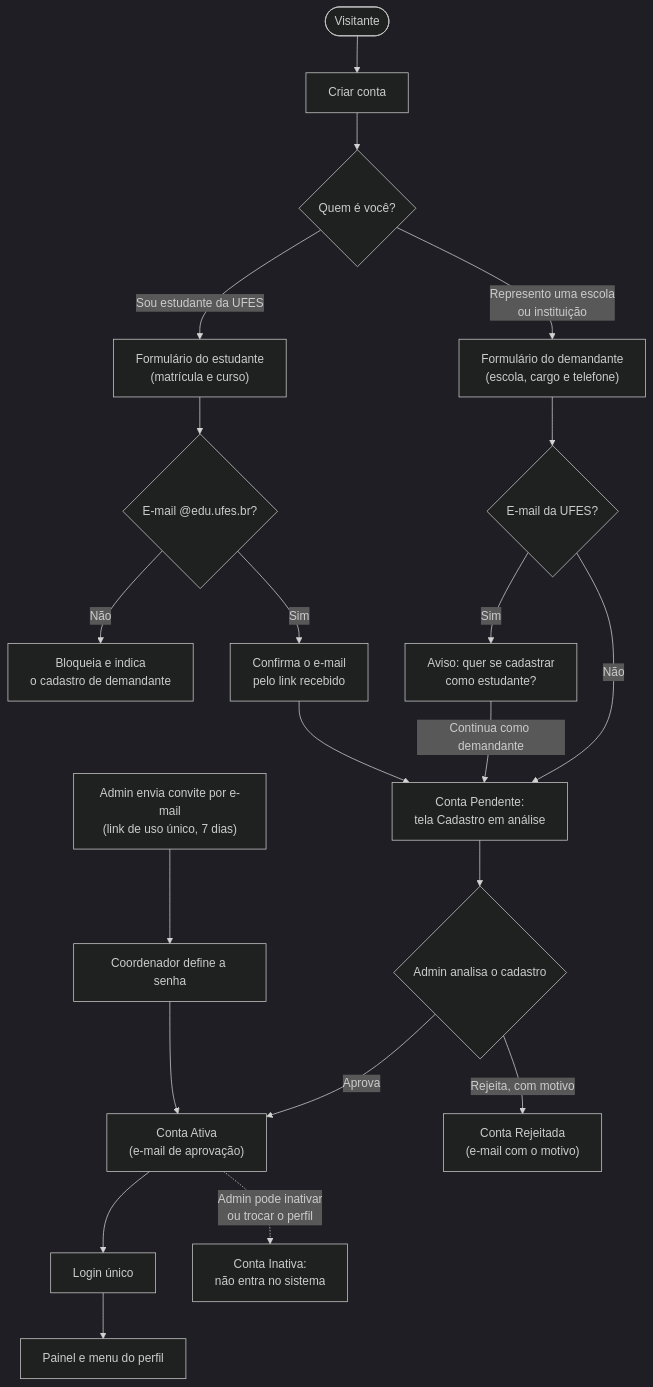
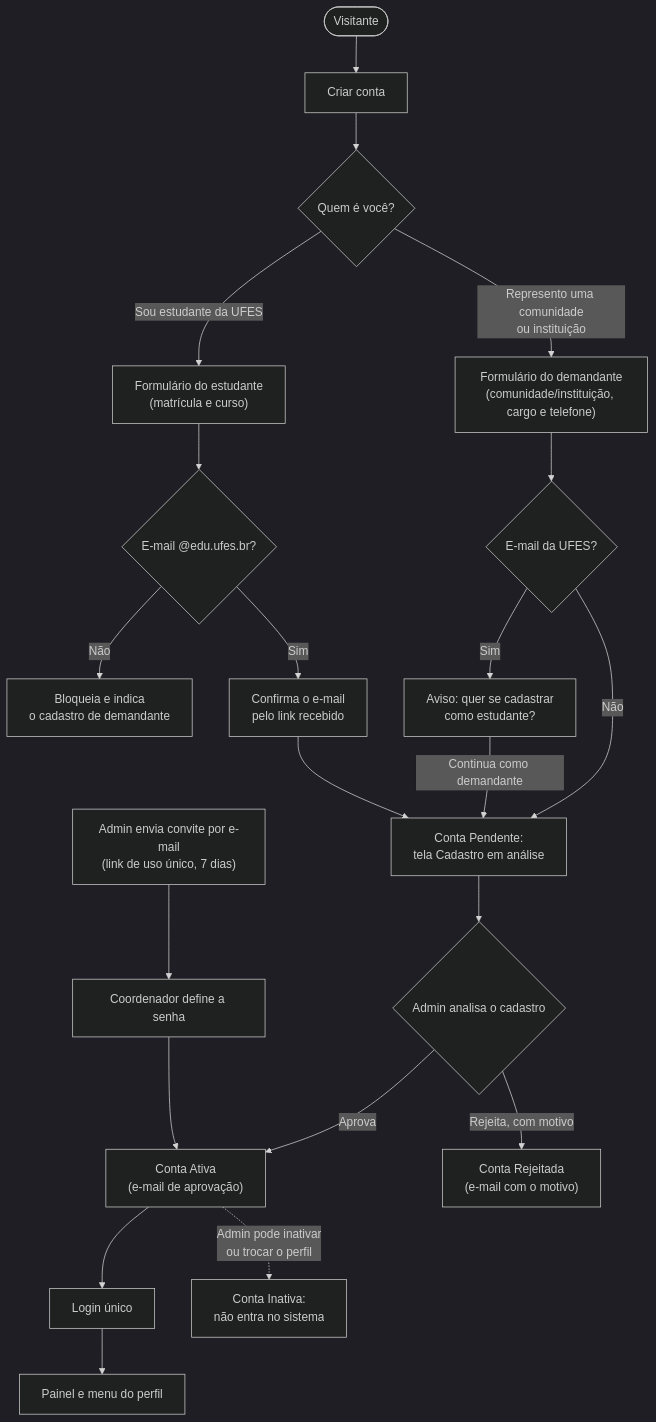
The second of 5 diagrams in docs/FLUXOGRAMA.md (PauloRizzi/Plataforma-de-Gestao-de-Demandas-Tecnologicas), drawn with Mermaid (dark theme) before and after one commit. The commit also changed other lines of this file and 53 other files, not shown here.

````diff
--- a/docs/FLUXOGRAMA.md
+++ b/docs/FLUXOGRAMA.md
@@ -76,28 +76,28 @@
 ```mermaid
 flowchart TD
     V0(["Visitante"]) --> V1["Criar conta"]
     V1 --> V2{"Quem é você?"}
 
     V2 -- "Sou estudante da UFES" --> S1["Formulário do estudante<br/>(matrícula e curso)"]
     S1 --> S2{"E-mail @edu.ufes.br?"}
     S2 -- Não --> S3["Bloqueia e indica<br/>o cadastro de demandante"]
     S2 -- Sim --> S4["Confirma o e-mail<br/>pelo link recebido"]
 
-    V2 -- "Represento uma escola<br/>ou instituição" --> M1["Formulário do demandante<br/>(escola, cargo e telefone)"]
+    V2 -- "Represento uma comunidade<br/>ou instituição" --> M1["Formulário do demandante<br/>(comunidade/instituição, cargo e telefone)"]
     M1 --> M2{"E-mail da UFES?"}
     M2 -- Sim --> M3["Aviso: quer se cadastrar<br/>como estudante?"]
     M2 -- Não --> P0
     M3 -- "Continua como demandante" --> P0
 
     S4 --> P0["Conta Pendente:<br/>tela Cadastro em análise"]
     P0 --> AD{"Admin analisa o cadastro"}
     AD -- Aprova --> AT["Conta Ativa<br/>(e-mail de aprovação)"]
     AD -- "Rejeita, com motivo" --> RJ["Conta Rejeitada<br/>(e-mail com o motivo)"]
 
     CV["Admin envia convite por e-mail<br/>(link de uso único, 7 dias)"] --> CO["Coordenador define a senha"]
     CO --> AT
 
     AT --> LG["Login único"]
     LG --> PN["Painel e menu do perfil"]
     AT -. "Admin pode inativar<br/>ou trocar o perfil" .-> IN["Conta Inativa:<br/>não entra no sistema"]
 ```
````
